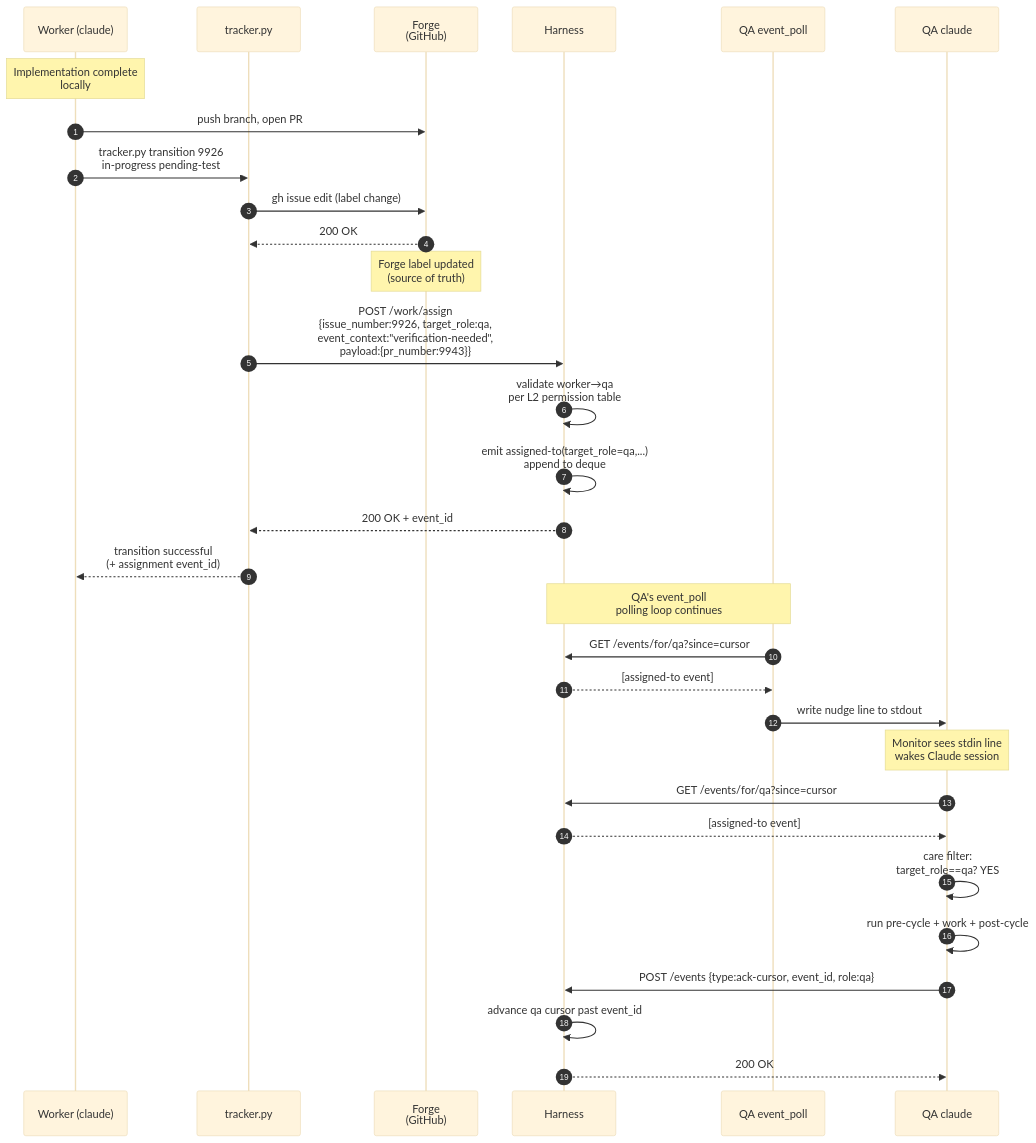
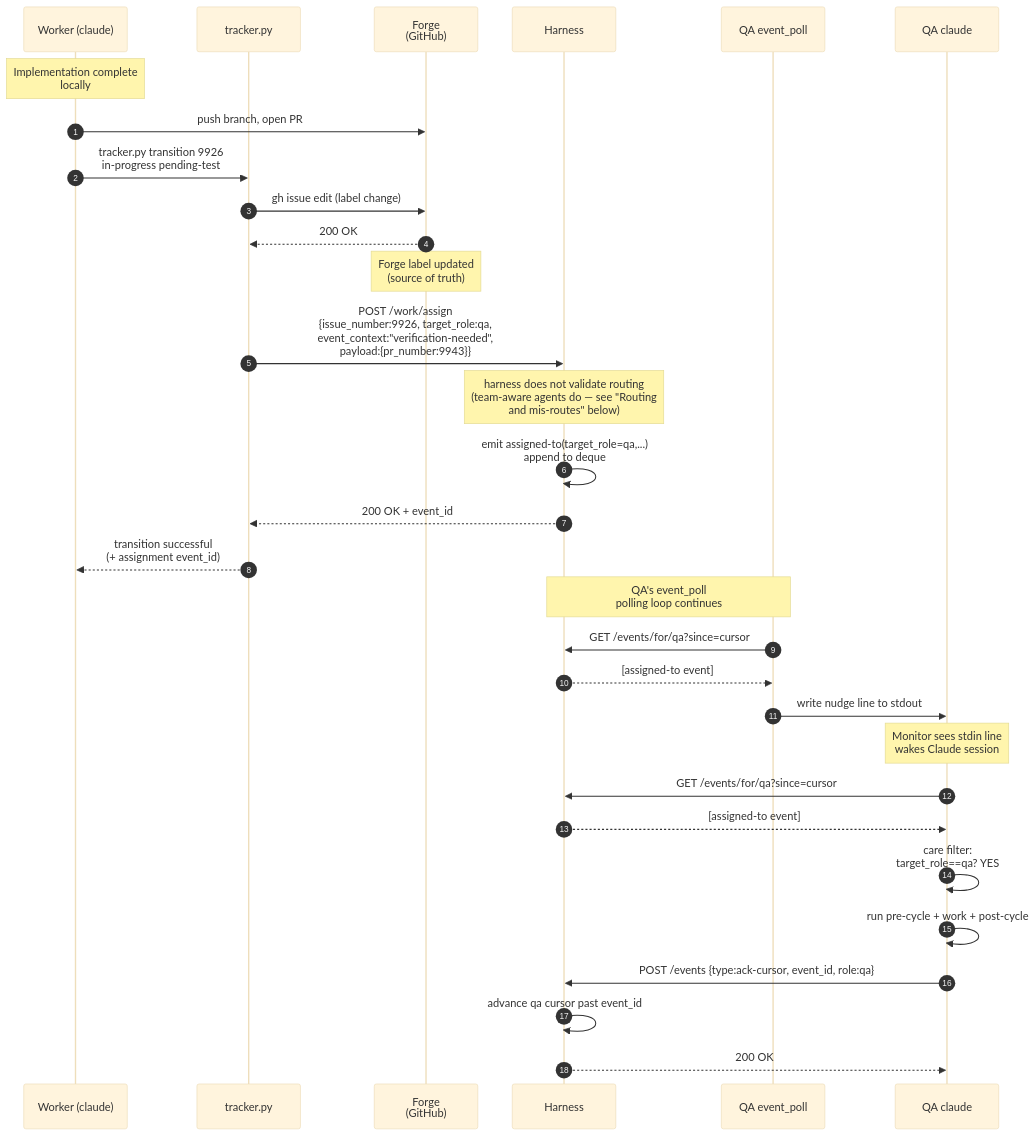
One commit to WallyDoodlez/SquidSquad changed diagram 13 of 16 in docs/AGENT-RUNTIME.md. Above: the diagram before and after it, drawn with Mermaid (base theme). The commit also changed other lines of this file and 2 other files, not shown here.

````diff
--- a/docs/AGENT-RUNTIME.md
+++ b/docs/AGENT-RUNTIME.md
@@ -738,38 +738,38 @@
 ```mermaid
 sequenceDiagram
     autonumber
     participant W as Worker (claude)
     participant TR as tracker.py
     participant F as Forge<br/>(GitHub)
     participant H as Harness
     participant VEP as QA event_poll
     participant VC as QA claude
 
     Note over W: Implementation complete<br/>locally
     W->>F: push branch, open PR #9943
 
     W->>TR: tracker.py transition 9926<br/>in-progress pending-test
     TR->>F: gh issue edit (label change)
     F-->>TR: 200 OK
     Note over F: Forge label updated<br/>(source of truth)
     TR->>H: POST /work/assign<br/>{issue_number:9926, target_role:qa,<br/>event_context:"verification-needed",<br/>payload:{pr_number:9943}}
-    H->>H: validate worker→qa<br/>per L2 permission table
+    Note over H: harness does not validate routing<br/>(team-aware agents do — see "Routing<br/>and mis-routes" below)
     H->>H: emit assigned-to(target_role=qa,...)<br/>append to deque
     H-->>TR: 200 OK + event_id
     TR-->>W: transition successful<br/>(+ assignment event_id)
 
     Note over H,VEP: QA's event_poll<br/>polling loop continues
 
     VEP->>H: GET /events/for/qa?since=cursor
     H-->>VEP: [assigned-to event]
     VEP->>VC: write nudge line to stdout
     Note over VC: Monitor sees stdin line<br/>wakes Claude session
 
     VC->>H: GET /events/for/qa?since=cursor
     H-->>VC: [assigned-to event]
     VC->>VC: care filter:<br/>target_role==qa? YES
     VC->>VC: run pre-cycle + work + post-cycle
     VC->>H: POST /events {type:ack-cursor, event_id, role:qa}
     H->>H: advance qa cursor past event_id
     H-->>VC: 200 OK
 ```
````
